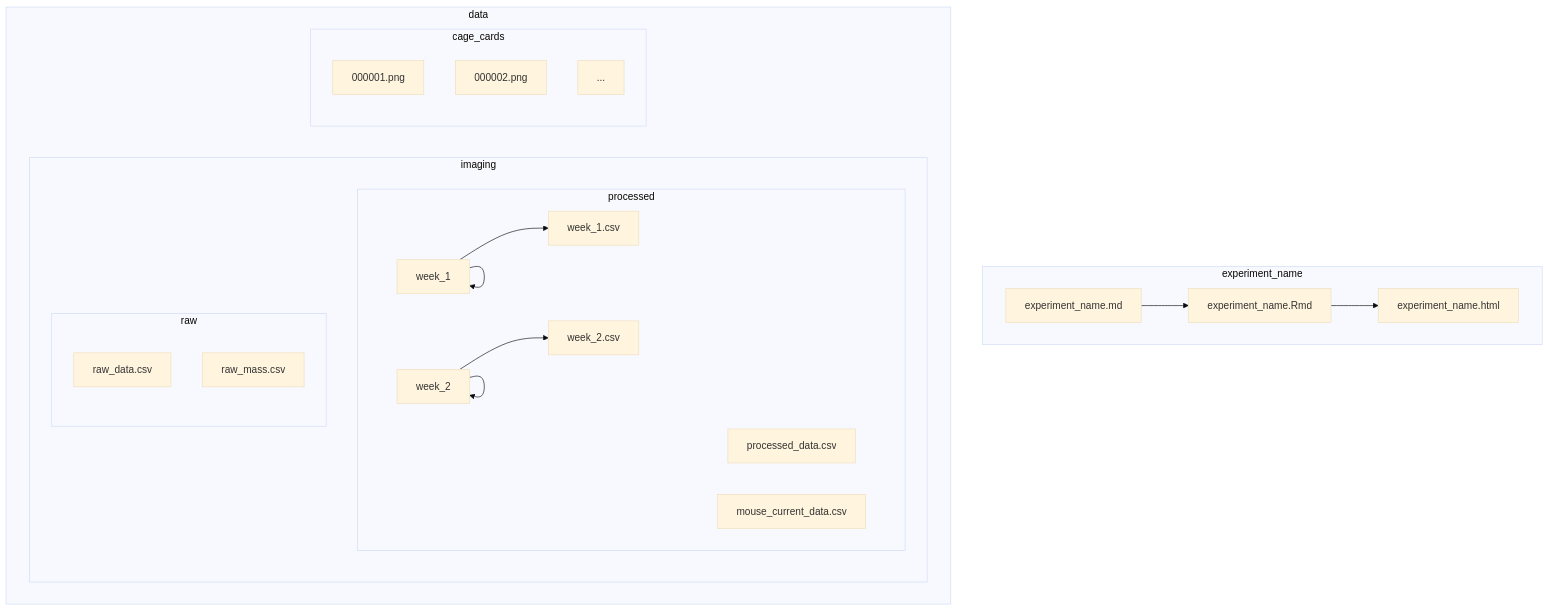
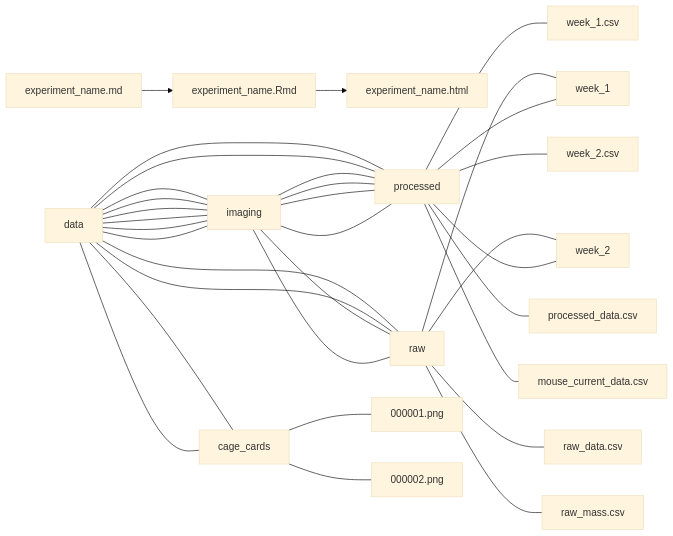
One commit to mmccoy-01/bioluminescent_imaging_experimental_template changed the diagram in README.md. Above: the diagram before and after it, drawn with Mermaid (base theme).

````diff
--- a/README.md
+++ b/README.md
@@ -43,38 +43,22 @@
 ```mermaid
-graph TD
-  subgraph experiment_name
-    experiment_name.md --> experiment_name.Rmd
-    experiment_name.Rmd --> experiment_name.html
-  end
+graph LR
+  experiment_name.md --> experiment_name.Rmd
+  experiment_name.Rmd --> experiment_name.html
 
-  subgraph data
-    subgraph imaging
-      subgraph processed
-        week_1 --> week_1.csv
-        week_2 --> week_2.csv
-        week_1 --> week_1
-        week_2 --> week_2
-      end
-      subgraph raw
-        week_1 --> week_1
-        week_2 --> week_2
-      end
-    end
+  data --- imaging --- processed --- week_1
+  data --- imaging --- processed --- week_2
+  data --- imaging --- processed --- week_1.csv
+  data --- imaging --- processed --- week_2.csv
 
-    subgraph cage_cards
-      000001.png
-      000002.png
-      ...
-    end
+  data --- imaging --- raw --- week_1
+  data --- imaging --- raw --- week_2
 
-    subgraph processed
-      processed_data.csv
-      mouse_current_data.csv
-    end
+  data --- cage_cards --- 000001.png
+  data --- cage_cards --- 000002.png
 
-    subgraph raw
-      raw_data.csv
-      raw_mass.csv
-    end
-  end
+  data --- processed --- processed_data.csv
+  data --- processed --- mouse_current_data.csv
+
+  data --- raw --- raw_data.csv
+  data --- raw --- raw_mass.csv
 ```
````
